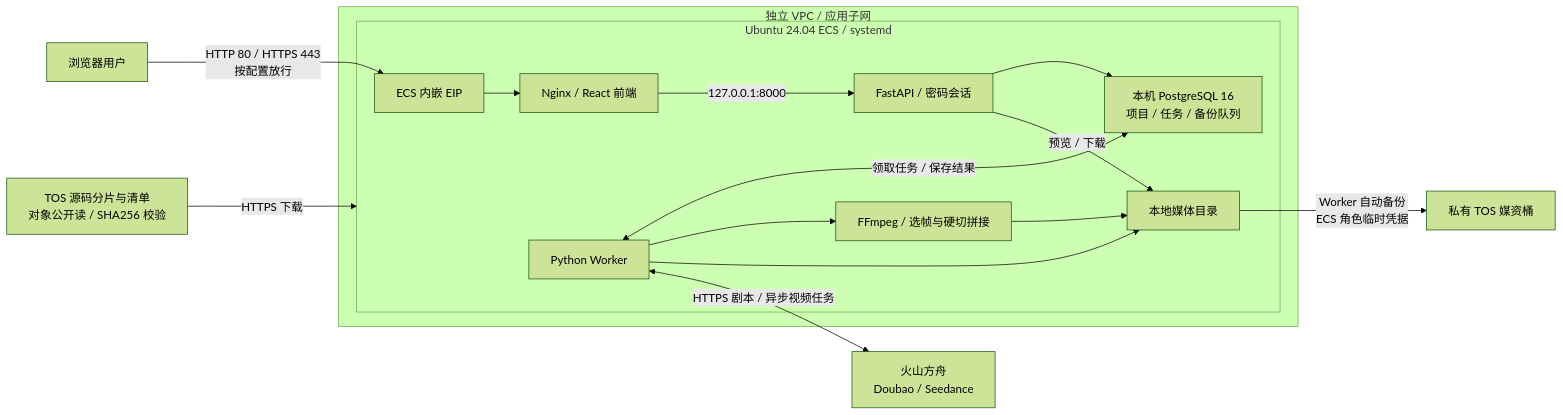
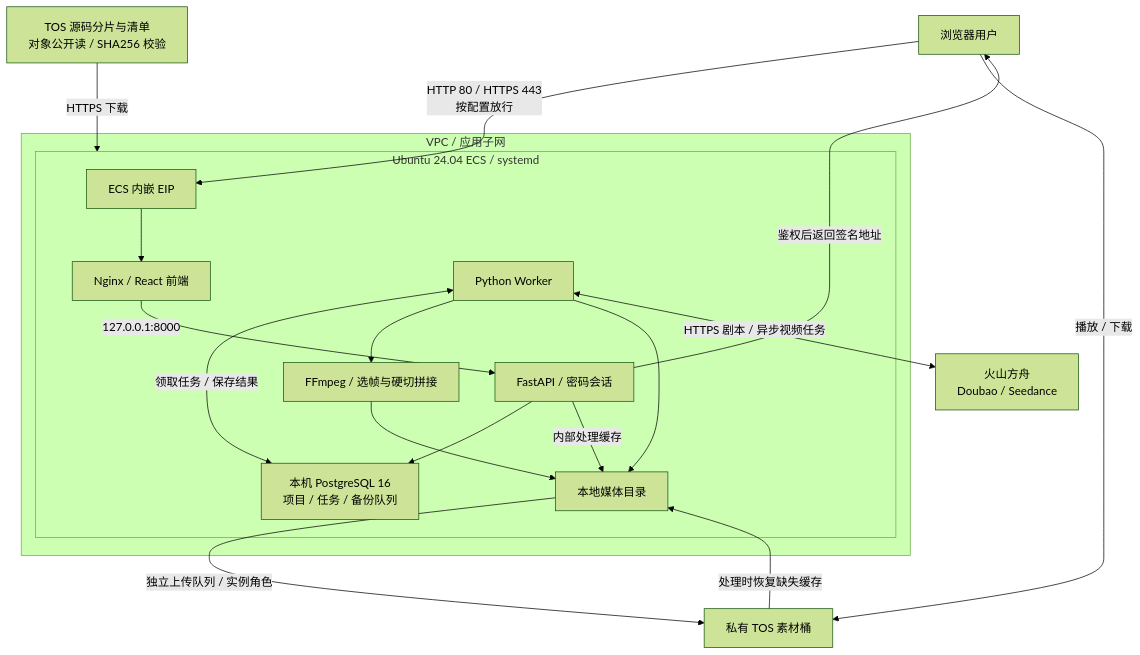
Before and after one commit to terraform-volcenginecc-modules/terraform-volcenginecc-ai-script-video-agent: the diagram in README.zh-CN.md, drawn with Mermaid (forest theme). The commit also changed other lines of this file and 9 other files, not shown here.

````diff
--- a/README.zh-CN.md
+++ b/README.zh-CN.md
@@ -26,19 +24,22 @@
 ```mermaid
-flowchart LR
+flowchart TB
   User["浏览器用户"] -->|"HTTP 80 / HTTPS 443<br/>按配置放行"| EIP["ECS 内嵌 EIP"]
-  subgraph VPC["独立 VPC / 应用子网"]
+  subgraph VPC["VPC / 应用子网"]
     subgraph ECS["Ubuntu 24.04 ECS / systemd"]
       EIP --> Nginx["Nginx / React 前端"]
       Nginx -->|"127.0.0.1:8000"| API["FastAPI / 密码会话"]
       API --> PG["本机 PostgreSQL 16<br/>项目 / 任务 / 备份队列"]
       Worker["Python Worker"] <-->|"领取任务 / 保存结果"| PG
       Worker --> FFmpeg["FFmpeg / 选帧与硬切拼接"]
       FFmpeg --> Media["本地媒体目录"]
       Worker --> Media
-      API -->|"预览 / 下载"| Media
+      API -->|"内部处理缓存"| Media
     end
   end
   Worker <-->|"HTTPS 剧本 / 异步视频任务"| Ark["火山方舟<br/>Doubao / Seedance"]
-  Media -->|"Worker 自动备份<br/>ECS 角色临时凭据"| TOS["私有 TOS 媒资桶"]
+  Media -->|"独立上传队列 / 实例角色"| TOS["私有 TOS 素材桶"]
+  API -->|"鉴权后返回签名地址"| User
+  User -->|"播放 / 下载"| TOS
+  TOS -->|"处理时恢复缺失缓存"| Media
   Source["TOS 源码分片与清单<br/>对象公开读 / SHA256 校验"] -->|"HTTPS 下载"| ECS
 ```
````
